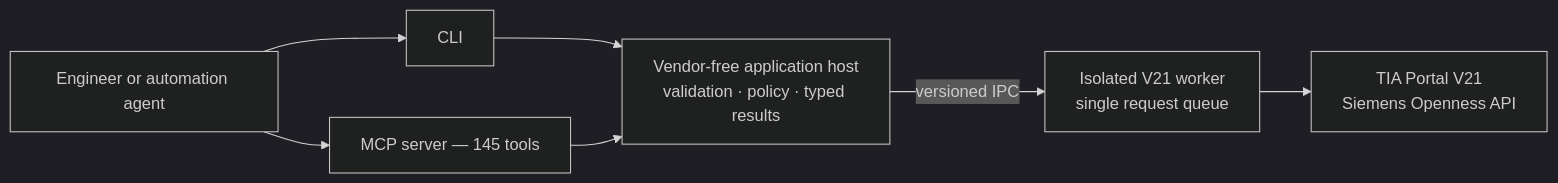
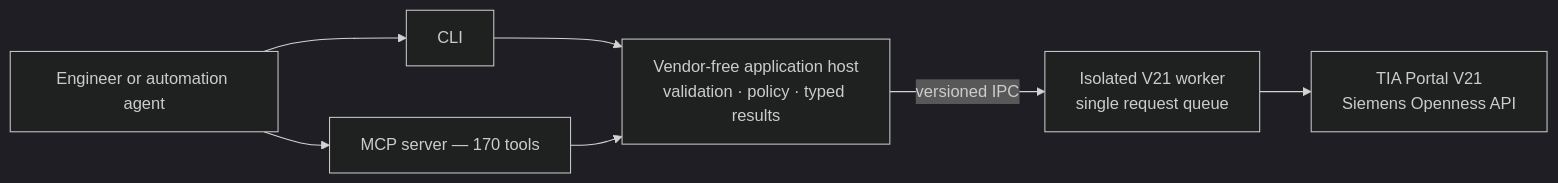
One commit to mistik91/OpenTiaToolkit changed the diagram in README.md. Above: the diagram before and after it, drawn with Mermaid (dark theme). The commit also changed other lines of this file and 61 other files, not shown here.

````diff
--- a/README.md
+++ b/README.md
@@ -61,16 +61,16 @@
 ```mermaid
 flowchart LR
     U["Engineer or automation agent"]
     CLI["CLI"]
-    MCP["MCP server — 145 tools"]
+    MCP["MCP server — 170 tools"]
     APP["Vendor-free application host<br/>validation · policy · typed results"]
     W["Isolated V21 worker<br/>single request queue"]
     TIA["TIA Portal V21<br/>Siemens Openness API"]
 
     U --> CLI
     U --> MCP
     CLI --> APP
     MCP --> APP
     APP -->|"versioned IPC"| W
     W --> TIA
 ```
````
